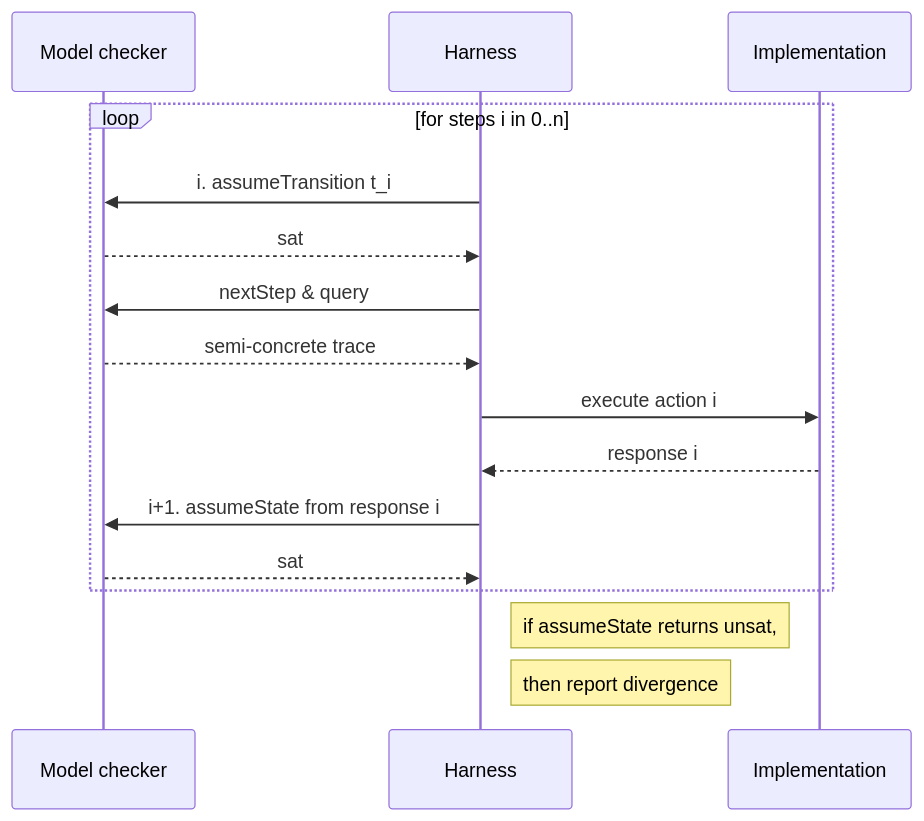
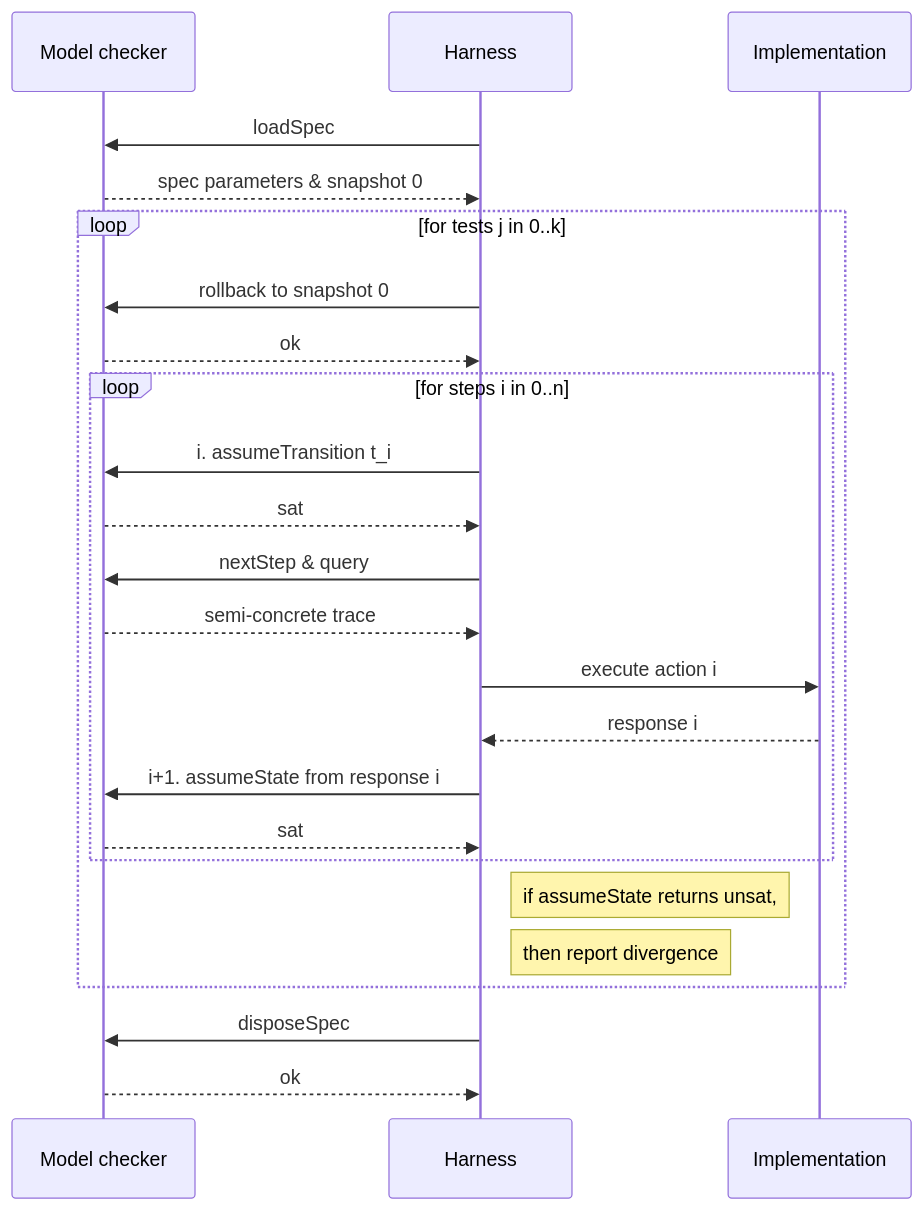
Before and after one commit to konnov/protocols-made-fun: the diagram in img/symbolic-testing.mermaid, drawn with Mermaid. The commit also changed 4 other files, not shown here.

```diff
--- a/img/symbolic-testing.mermaid
+++ b/img/symbolic-testing.mermaid
@@ -1,20 +1,30 @@
 sequenceDiagram
     participant Spec as Model checker
     participant Harness
     participant Impl as Implementation
+
+    Harness->>Spec: loadSpec
+    Spec-->>Harness: spec parameters & snapshot 0
+
+    loop for tests j in 0..k
+        Harness->>Spec: rollback to snapshot 0
+        Spec-->>Harness: ok
 
     loop for steps i in 0..n
         Harness->>Spec: i. assumeTransition t_i
         Spec-->>Harness: sat
         Harness->>Spec: nextStep & query
         Spec-->>Harness: semi-concrete trace
 
         Harness->>Impl: execute action i
         Impl-->>Harness: response i
         Harness->>Spec: i+1. assumeState from response i
         Spec-->>Harness: sat
     end
-
-
     Note right of Harness: if assumeState returns unsat,
     Note right of Harness: then report divergence
+
+    end
+
+    Harness->>Spec: disposeSpec
+    Spec-->>Harness: ok
```
